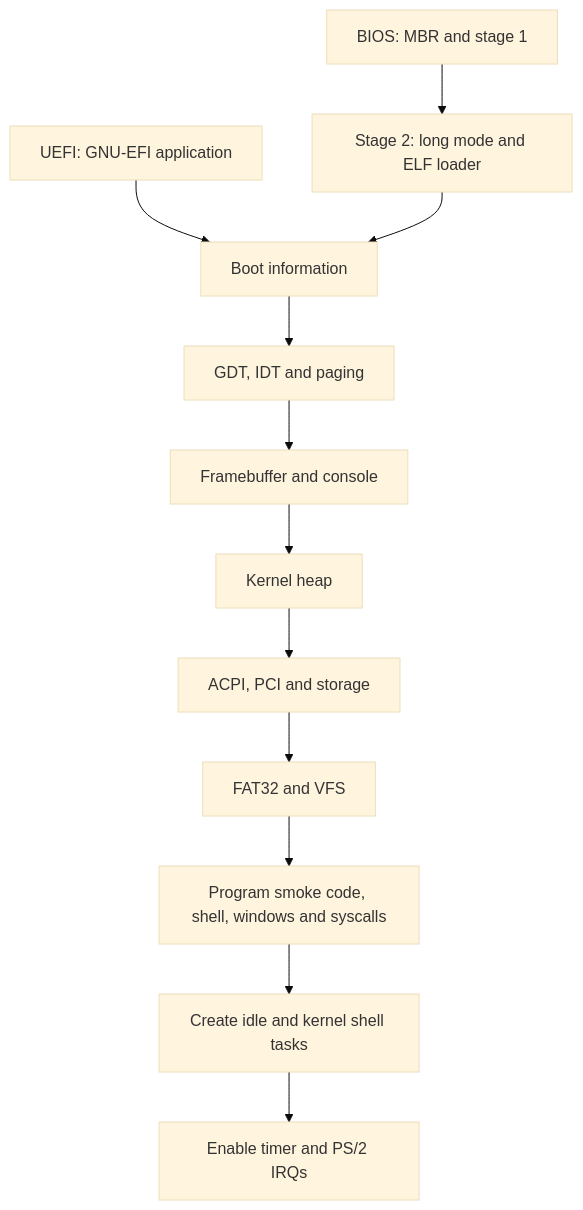
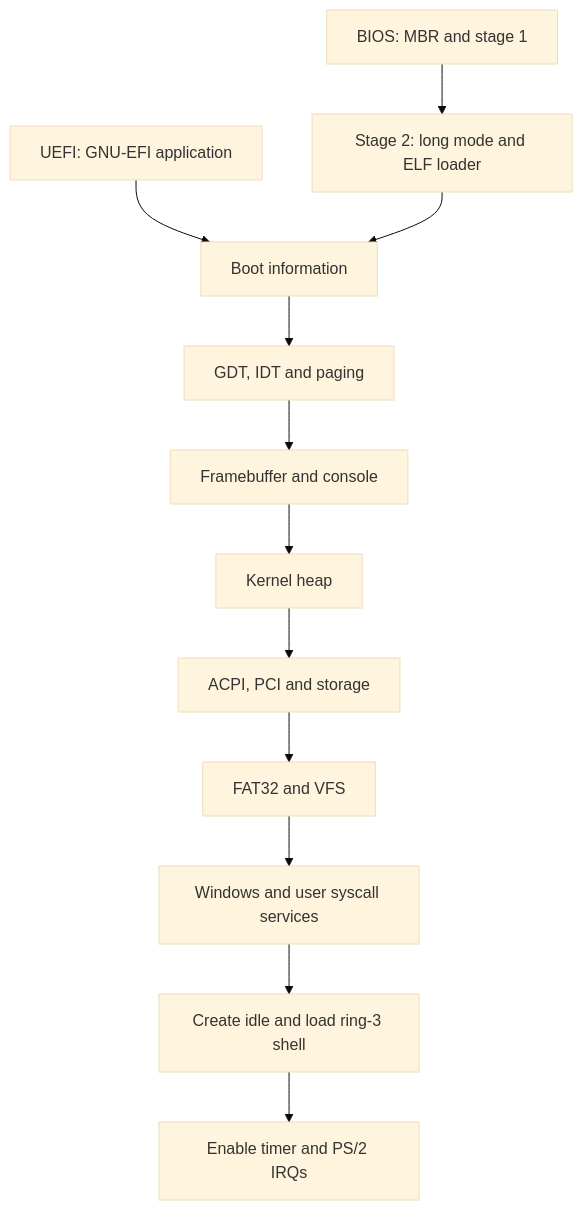
Before and after one commit to Andrispowq/HackOS: the diagram in docs/system/index.md, drawn with Mermaid (base theme). The commit also changed other lines of this file and 53 other files, not shown here.

````diff
--- a/docs/system/index.md
+++ b/docs/system/index.md
@@ -10,14 +10,14 @@
 ```mermaid
 flowchart TD
     BIOS[BIOS: MBR and stage 1] --> Stage2[Stage 2: long mode and ELF loader]
     UEFI[UEFI: GNU-EFI application] --> Handoff[Boot information]
     Stage2 --> Handoff
     Handoff --> CPU[GDT, IDT and paging]
     CPU --> Display[Framebuffer and console]
     Display --> Heap[Kernel heap]
     Heap --> Devices[ACPI, PCI and storage]
     Devices --> FS[FAT32 and VFS]
-    FS --> Services[Program smoke code, shell, windows and syscalls]
-    Services --> Tasks[Create idle and kernel shell tasks]
+    FS --> Services[Windows and user syscall services]
+    Services --> Tasks[Create idle and load ring-3 shell]
     Tasks --> IRQ[Enable timer and PS/2 IRQs]
 ```
````
